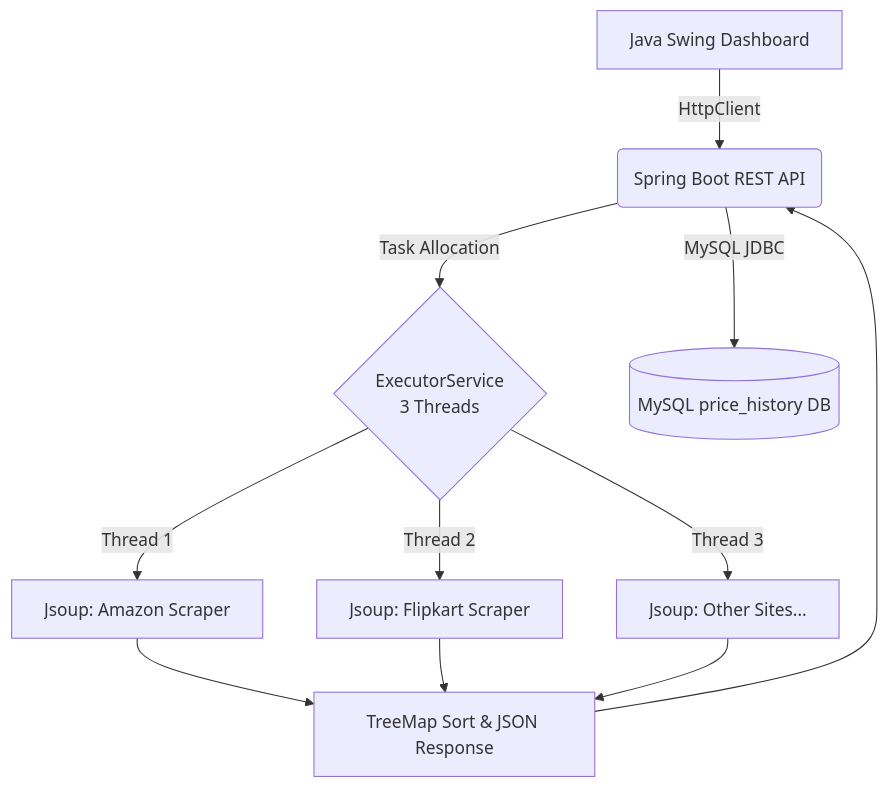
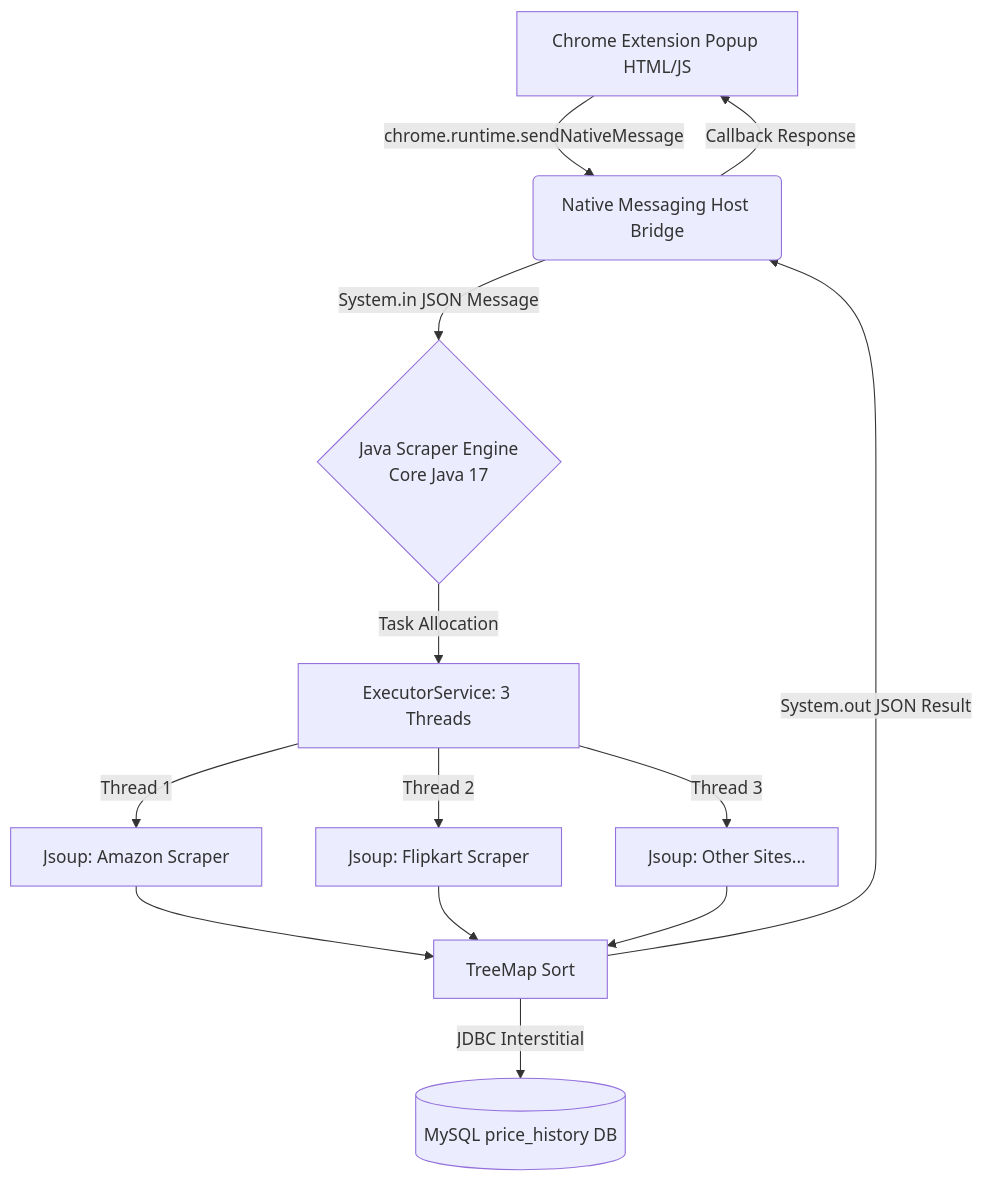
The diagram in README.md (purvanshjoshi/Price-Tracker), drawn with Mermaid before and after one commit. The commit also changed other lines of this file, not shown here.

Commit message:
docs: update architecture to Chrome Extension Native Messaging (No API)

````diff
--- a/README.md
+++ b/README.md
@@ -46,13 +45,15 @@
 ```mermaid
 graph TD
-    A[Java Swing Dashboard] -->|HttpClient| B(Spring Boot REST API)
-    B -->|Task Allocation| C{ExecutorService <br/> 3 Threads}
-    C -->|Thread 1| D[Jsoup: Amazon Scraper]
-    C -->|Thread 2| E[Jsoup: Flipkart Scraper]
-    C -->|Thread 3| F[Jsoup: Other Sites...]
-    D --> G[TreeMap Sort & JSON Response]
-    E --> G
-    F --> G
-    B -->|MySQL JDBC| H[(MySQL price_history DB)]
-    G --> B
+    A[Chrome Extension Popup HTML/JS] -->|chrome.runtime.sendNativeMessage| B(Native Messaging Host Bridge)
+    B -->|System.in JSON Message| C{Java Scraper Engine <br/> Core Java 17}
+    C -->|Task Allocation| D[ExecutorService: 3 Threads]
+    D -->|Thread 1| E[Jsoup: Amazon Scraper]
+    D -->|Thread 2| F[Jsoup: Flipkart Scraper]
+    D -->|Thread 3| G[Jsoup: Other Sites...]
+    E --> H[TreeMap Sort]
+    F --> H
+    G --> H
+    H -->|System.out JSON Result| B
+    B -->|Callback Response| A
+    H -->|JDBC Interstitial| I[(MySQL price_history DB)]
 ```
````
